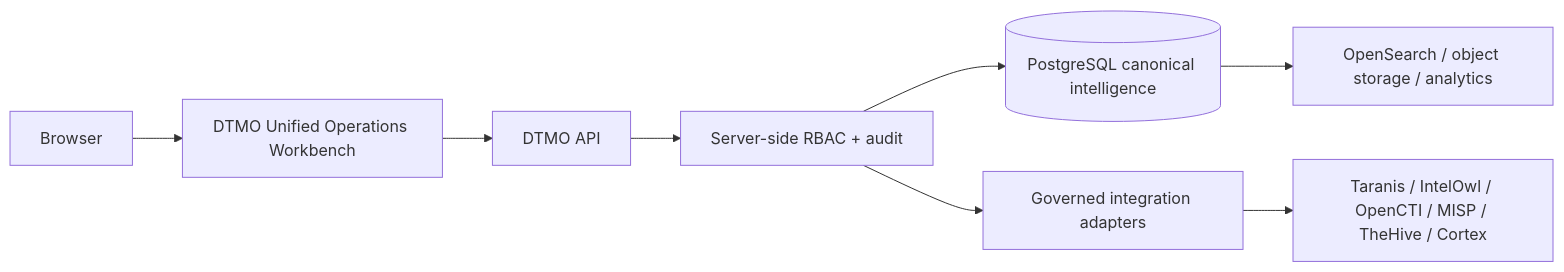
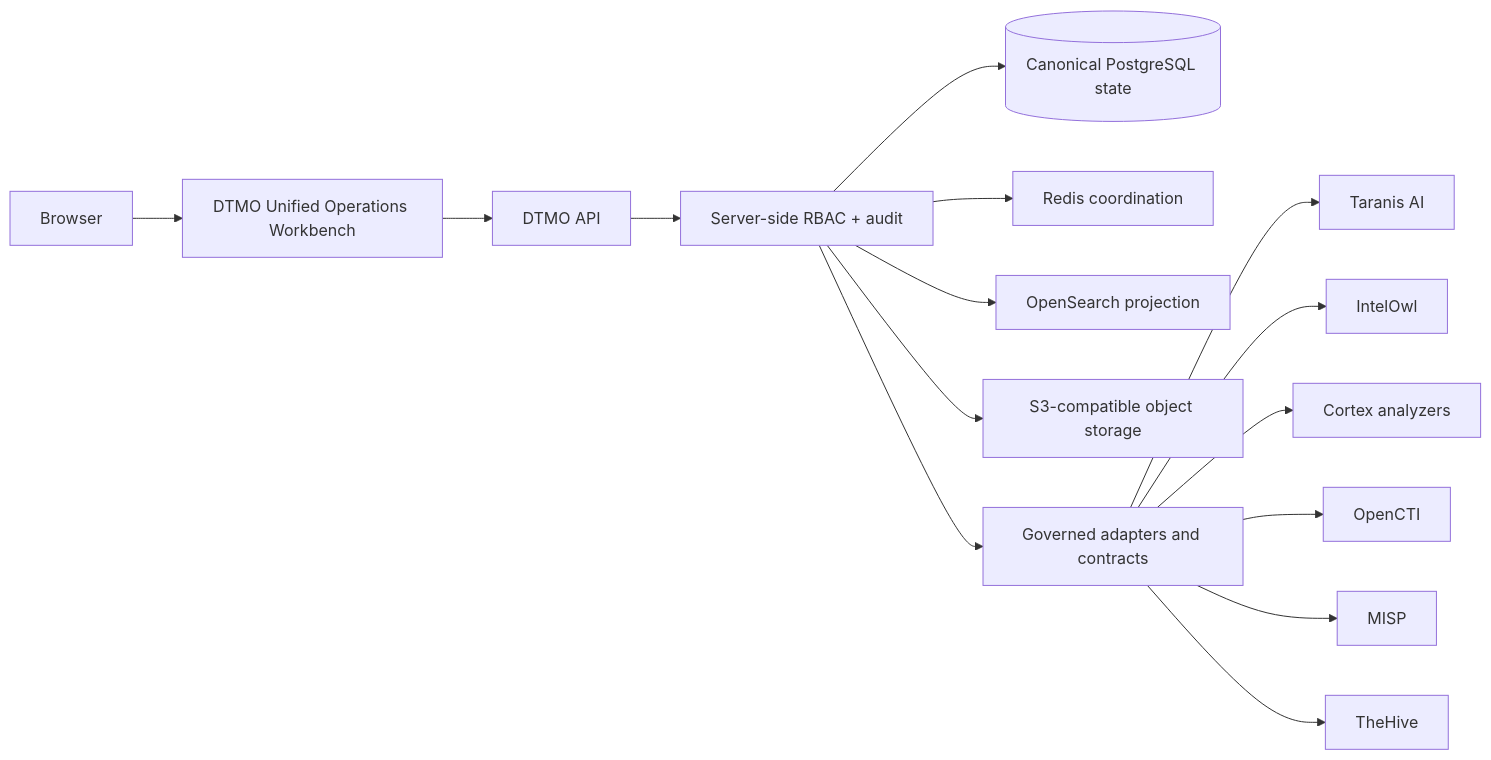
The diagram in README.md (GJvManen/dtmo), drawn with Mermaid before and after one commit. The commit also changed other lines of this file and 24 other files, not shown here.

````diff
--- a/README.md
+++ b/README.md
@@ -65,10 +50,17 @@
 ```mermaid
 flowchart LR
     B[Browser] --> W[DTMO Unified Operations Workbench]
     W --> A[DTMO API]
     A --> R[Server-side RBAC + audit]
-    R --> D[(PostgreSQL canonical intelligence)]
-    R --> G[Governed integration adapters]
-    G --> S[Taranis / IntelOwl / OpenCTI / MISP / TheHive / Cortex]
-    D --> O[OpenSearch / object storage / analytics]
+    R --> D[(Canonical PostgreSQL state)]
+    R --> Q[Redis coordination]
+    R --> O[OpenSearch projection]
+    R --> S3[S3-compatible object storage]
+    R --> G[Governed adapters and contracts]
+    G --> T[Taranis AI]
+    G --> I[IntelOwl]
+    G --> C[Cortex analyzers]
+    G --> OI[OpenCTI]
+    G --> M[MISP]
+    G --> H[TheHive]
 ```
````
